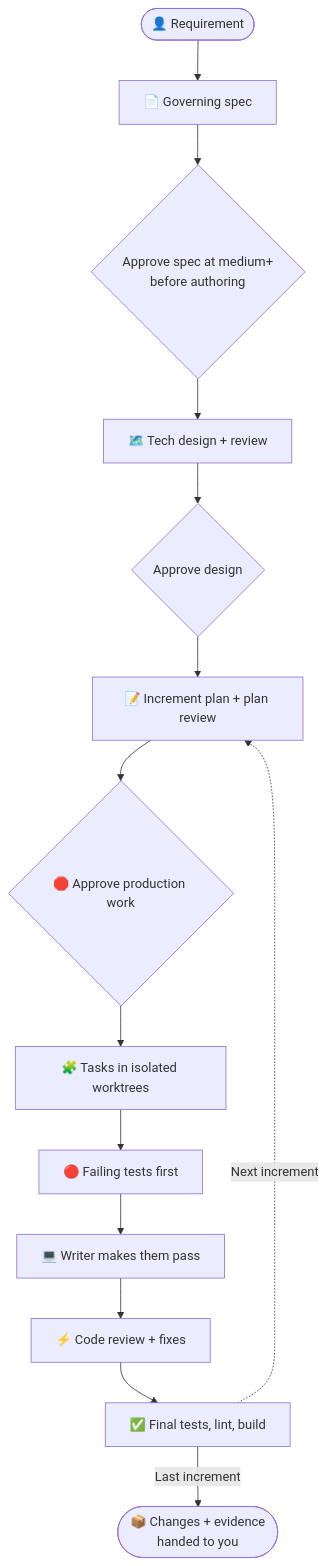
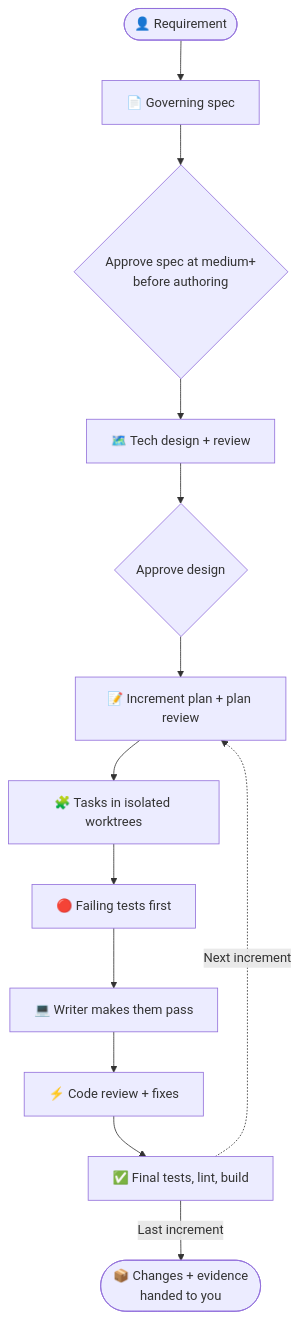
The diagram in README.md (Gyunikuchan/dispatch-skills), drawn with Mermaid before and after one commit. The commit also changed other lines of this file and 64 other files, not shown here.

````diff
--- a/README.md
+++ b/README.md
@@ -24,16 +24,15 @@
 ```mermaid
 flowchart TD
     User(["👤 Requirement"]) --> Spec["📄 Governing spec"]
     Spec --> SpecGate{"Approve spec at medium+<br/>before authoring"}
     SpecGate --> Design["🗺️ Tech design + review"]
     Design --> DesignGate{"Approve design"}
     DesignGate --> Plan["📝 Increment plan + plan review"]
-    Plan --> Gate{"🛑 Approve production work"}
-    Gate --> Tasks["🧩 Tasks in isolated worktrees"]
+    Plan --> Tasks["🧩 Tasks in isolated worktrees"]
     Tasks --> Red["🔴 Failing tests first"]
     Red --> Green["💻 Writer makes them pass"]
     Green --> CodeReview["⚡ Code review + fixes"]
     CodeReview --> Final["✅ Final tests, lint, build"]
     Final -.->|Next increment| Plan
     Final -->|Last increment| Handoff(["📦 Changes + evidence<br/>handed to you"])
 ```
````
